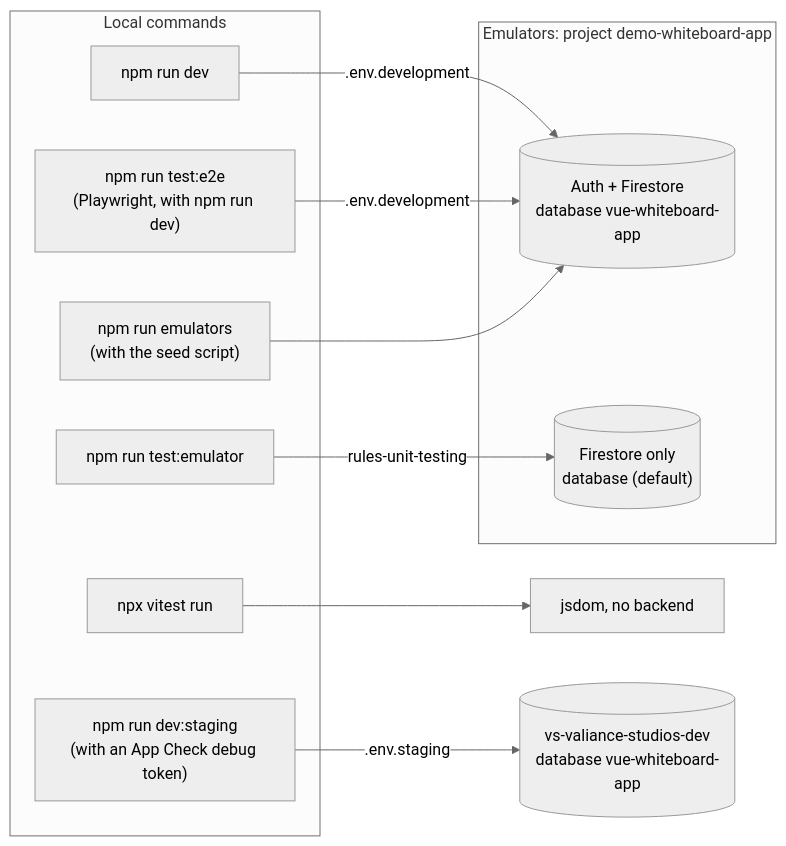
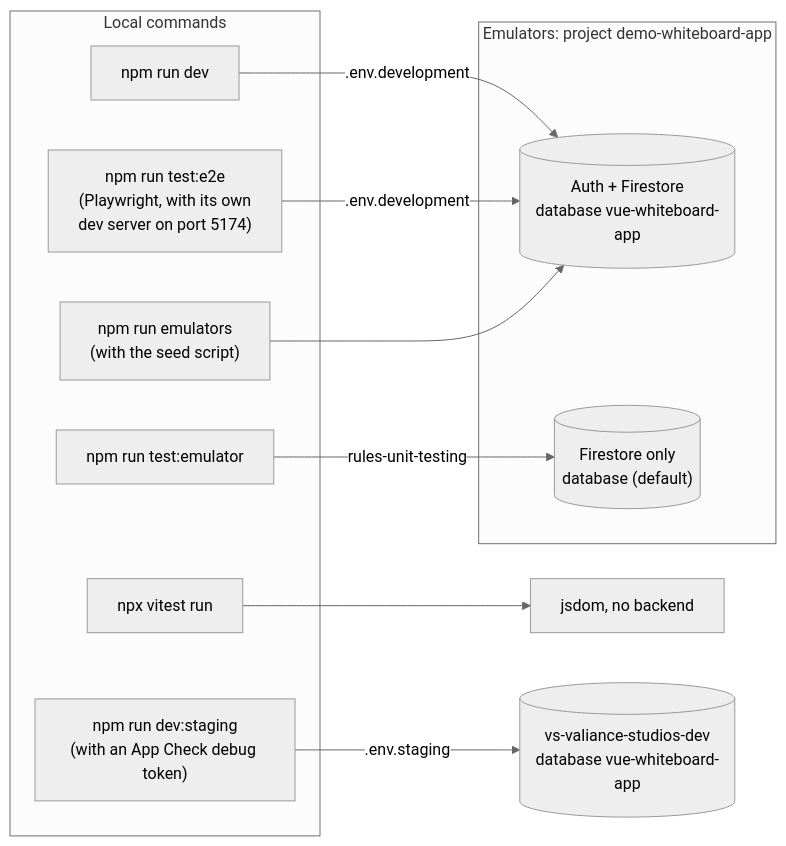
Diagram 12 of 13 in ARCHITECTURE.md (Valiance-Studios/vue-whiteboard-app), drawn with Mermaid (neutral theme) before and after one commit. The commit also changed other lines of this file and 2 other files, not shown here.

Commit message:
Give the E2E tests their own dev server instead of reusing a running one (#39)
Playwright reused whatever was listening on port 5173, so with
`npm run dev:staging` running, the E2E tests drove the real Firebase
project. They now always start their own dev server in the development
mode on port 5174, with reuseExistingServer off.

````diff
--- a/ARCHITECTURE.md
+++ b/ARCHITECTURE.md
@@ -498,26 +498,26 @@
 ```mermaid
 flowchart LR
     subgraph local["Local commands"]
         dev["npm run dev"]
-        e2e["npm run test:e2e<br/>(Playwright, with npm run dev)"]
+        e2e["npm run test:e2e<br/>(Playwright, with its own<br/>dev server on port 5174)"]
         seed["npm run emulators<br/>(with the seed script)"]
         emu["npm run test:emulator"]
         unit["npx vitest run"]
         devStaging["npm run dev:staging<br/>(with an App Check debug token)"]
     end
 
     subgraph emulators["Emulators: project demo-whiteboard-app"]
         emuNamed[("Auth + Firestore<br/>database vue-whiteboard-app")]
         emuDefault[("Firestore only<br/>database (default)")]
     end
 
     jsdom["jsdom, no backend"]
     real[("vs-valiance-studios-dev<br/>database vue-whiteboard-app")]
 
     dev -- ".env.development" --> emuNamed
     e2e -- ".env.development" --> emuNamed
     seed --> emuNamed
     emu -- "rules-unit-testing" --> emuDefault
     unit --> jsdom
     devStaging -- ".env.staging" --> real
 ```
````
